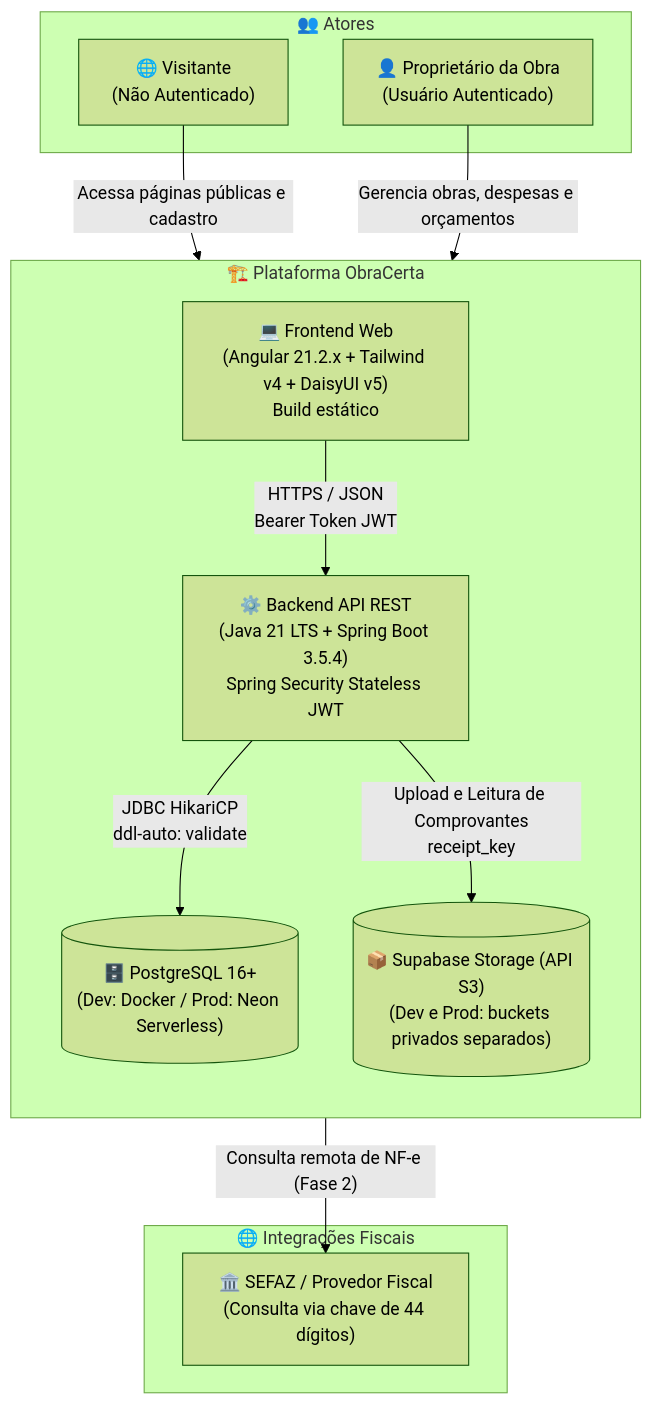
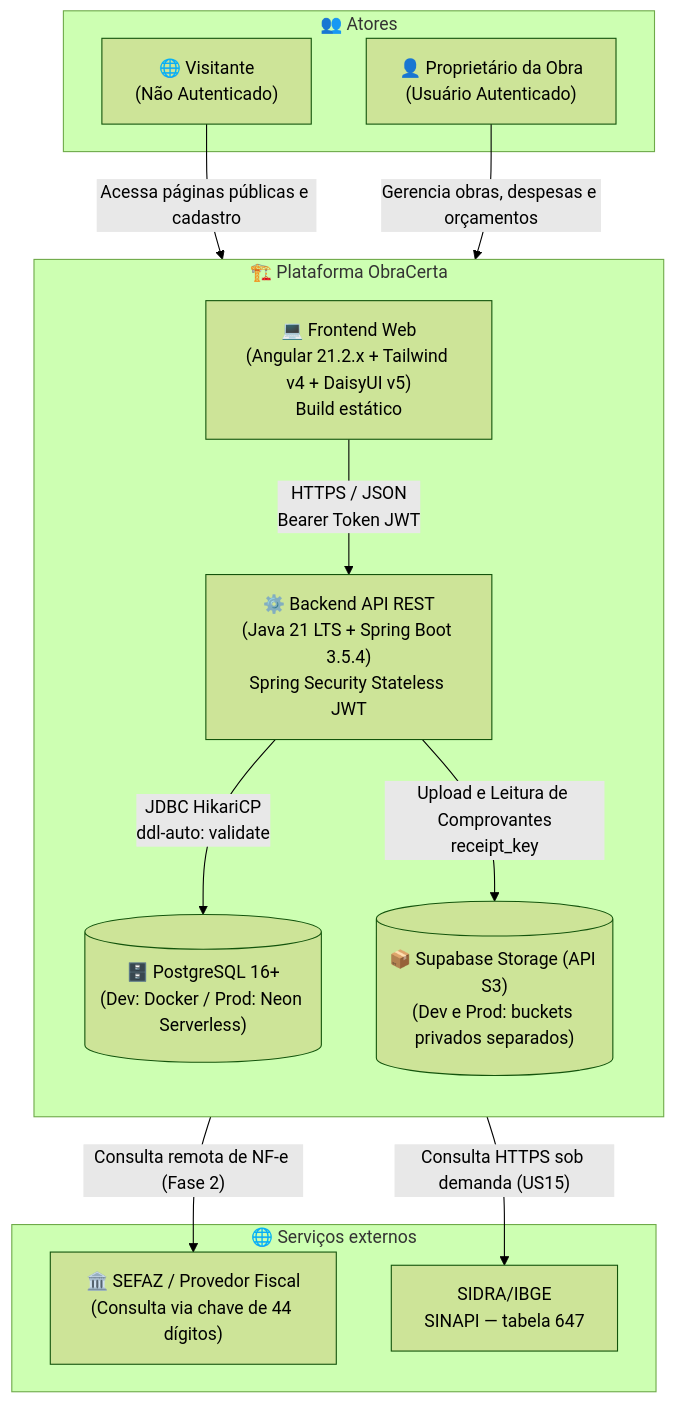
Before and after one commit to utfpr-gp/obra-certa: the first of 7 diagrams in docs/architecture.md, drawn with Mermaid (forest theme). The commit also changed other lines of this file and 79 other files, not shown here.

````diff
--- a/docs/architecture.md
+++ b/docs/architecture.md
@@ -96,27 +96,29 @@
 ```mermaid
 flowchart TD
     subgraph Atores["👥 Atores"]
         User["👤 Proprietário da Obra<br/>(Usuário Autenticado)"]
         Visitor["🌐 Visitante<br/>(Não Autenticado)"]
     end
 
     subgraph PlataformaObraCerta["🏗️ Plataforma ObraCerta"]
         direction TB
         Frontend["💻 Frontend Web<br/>(Angular 21.2.x + Tailwind v4 + DaisyUI v5)<br/>Build estático"]
         Backend["⚙️ Backend API REST<br/>(Java 21 LTS + Spring Boot 3.5.4)<br/>Spring Security Stateless JWT"]
         Database[("🗄️ PostgreSQL 16+<br/>(Dev: Docker / Prod: Neon Serverless)")]
         Storage[("📦 Supabase Storage (API S3)<br/>(Dev e Prod: buckets privados separados)")]
 
         Frontend -->|"HTTPS / JSON<br/>Bearer Token JWT"| Backend
         Backend -->|"JDBC HikariCP<br/>ddl-auto: validate"| Database
         Backend -->|"Upload e Leitura de Comprovantes<br/>receipt_key"| Storage
     end
 
-    subgraph ServicosExternos["🌐 Integrações Fiscais"]
+    subgraph ServicosExternos["🌐 Serviços externos"]
         SEFAZ["🏛️ SEFAZ / Provedor Fiscal<br/>(Consulta via chave de 44 dígitos)"]
+        SIDRA["SIDRA/IBGE<br/>SINAPI — tabela 647"]
     end
 
     Visitor -->|"Acessa páginas públicas e cadastro"| Frontend
     User -->|"Gerencia obras, despesas e orçamentos"| Frontend
     Backend -->|"Consulta remota de NF-e (Fase 2)"| SEFAZ
+    Backend -->|"Consulta HTTPS sob demanda (US15)"| SIDRA
 ```
````
